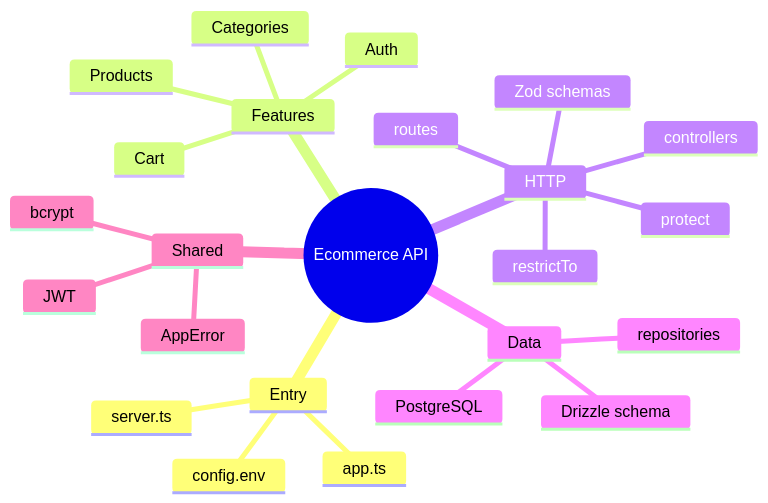
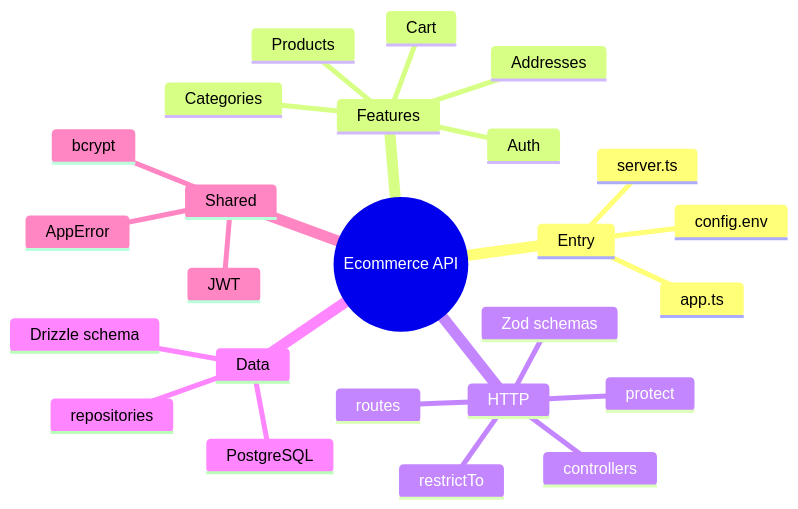
One commit to mahdi-code007/ecommerce-api-typescript changed the second of 6 diagrams in README.md. Above: the diagram before and after it, drawn with Mermaid. The commit also changed other lines of this file and 11 other files, not shown here.

````diff
--- a/README.md
+++ b/README.md
@@ -282,27 +316,28 @@
 ```mermaid
 mindmap
   root((Ecommerce API))
     Entry
       server.ts
       app.ts
       config.env
     Features
       Auth
       Categories
       Products
       Cart
+      Addresses
     HTTP
       routes
       protect
       restrictTo
       Zod schemas
       controllers
     Data
       repositories
       Drizzle schema
       PostgreSQL
     Shared
       JWT
       bcrypt
       AppError
 ```
````
